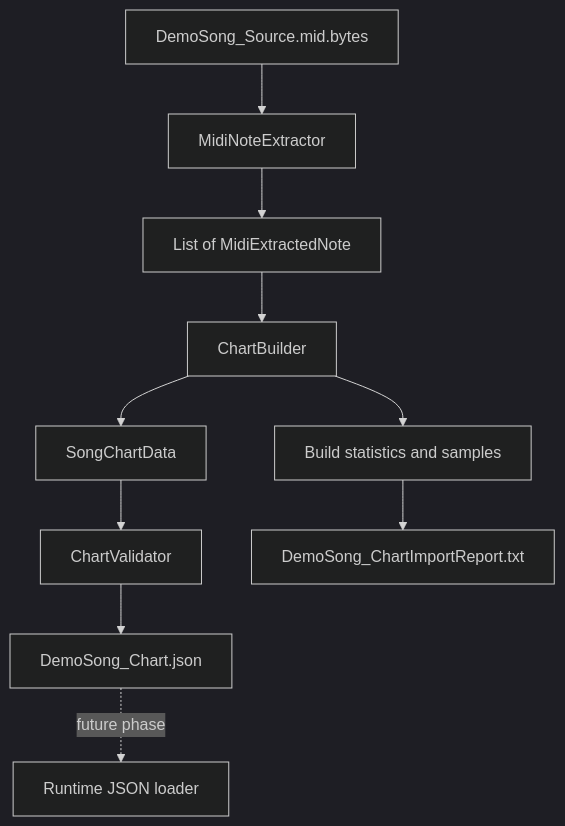
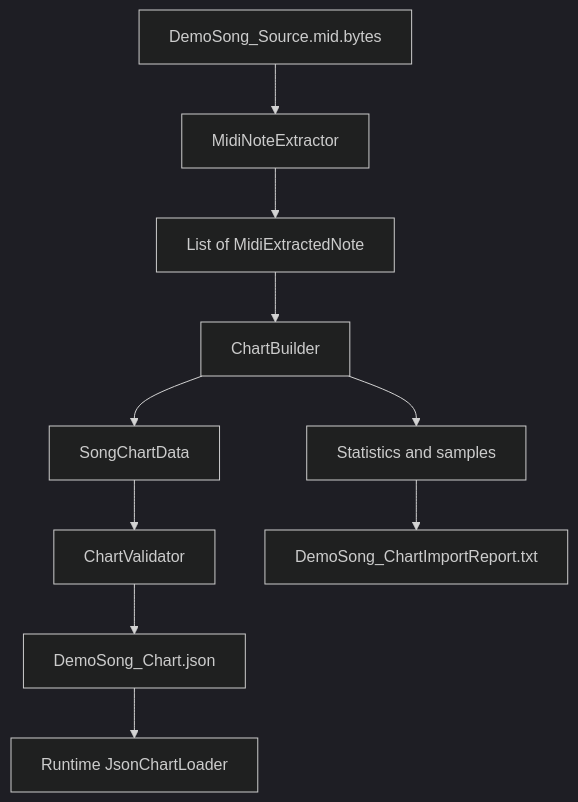
The diagram in Docs/MIDI_CHART_PIPELINE.md (NguyenHung1207/MagicTilesInterview), drawn with Mermaid (dark theme) before and after one commit. The commit also changed other lines of this file and 6 other files, not shown here.

````diff
--- a/Docs/MIDI_CHART_PIPELINE.md
+++ b/Docs/MIDI_CHART_PIPELINE.md
@@ -18,12 +15,12 @@
 ```mermaid
 flowchart TD
     MIDI[DemoSong_Source.mid.bytes] --> EX[MidiNoteExtractor]
     EX --> RAW[List of MidiExtractedNote]
     RAW --> BUILD[ChartBuilder]
     BUILD --> CHART[SongChartData]
-    BUILD --> STATS[Build statistics and samples]
+    BUILD --> STATS[Statistics and samples]
     CHART --> VALIDATE[ChartValidator]
     VALIDATE --> JSON[DemoSong_Chart.json]
     STATS --> REPORT[DemoSong_ChartImportReport.txt]
-    JSON -. future phase .-> LOADER[Runtime JSON loader]
+    JSON --> LOADER[Runtime JsonChartLoader]
 ```
````
